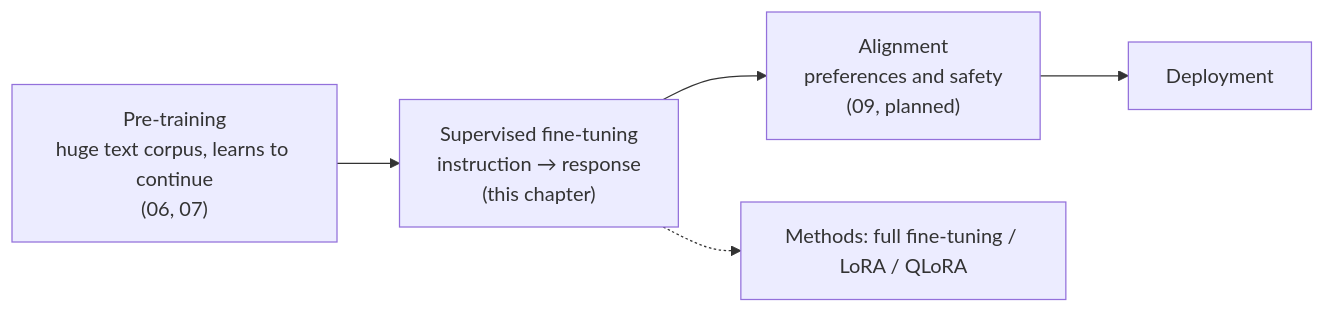
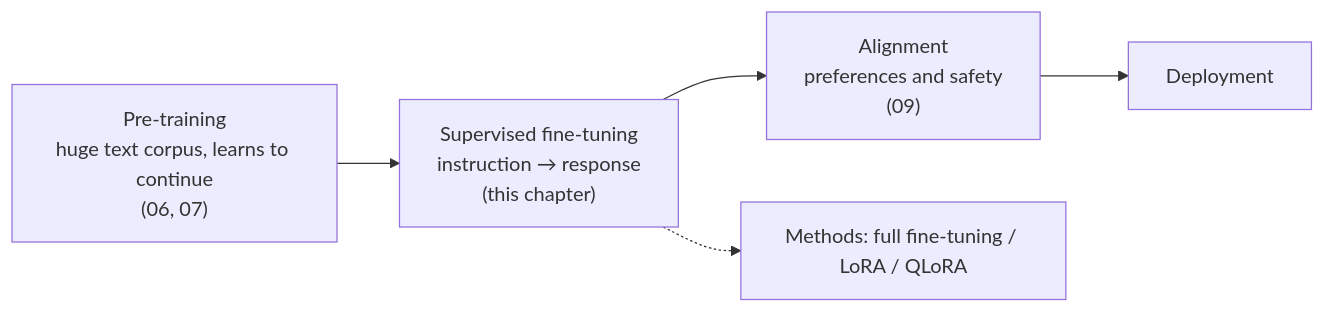
One commit to BaiYuBY/use_token_to_learn changed the first of 2 diagrams in docs/08-finetuning/README.en.md. Above: the diagram before and after it, drawn with Mermaid. The commit also changed other lines of this file and 30 other files, not shown here.

First line of the commit message:
Add chapter 24: safety and interpretability

````diff
--- a/docs/08-finetuning/README.en.md
+++ b/docs/08-finetuning/README.en.md
@@ -25,5 +25,5 @@
 ```mermaid
 flowchart LR
-    P["Pre-training<br/>huge text corpus, learns to continue<br/>(06, 07)"] --> S["Supervised fine-tuning<br/>instruction → response<br/>(this chapter)"] --> A["Alignment<br/>preferences and safety<br/>(09, planned)"] --> D["Deployment"]
+    P["Pre-training<br/>huge text corpus, learns to continue<br/>(06, 07)"] --> S["Supervised fine-tuning<br/>instruction → response<br/>(this chapter)"] --> A["Alignment<br/>preferences and safety<br/>(09)"] --> D["Deployment"]
     S -.-> M["Methods: full fine-tuning / LoRA / QLoRA"]
 ```
````
